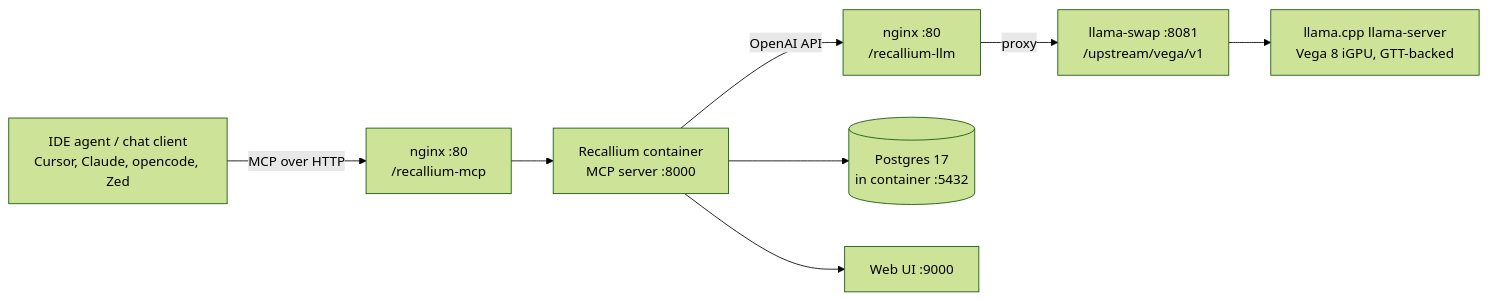
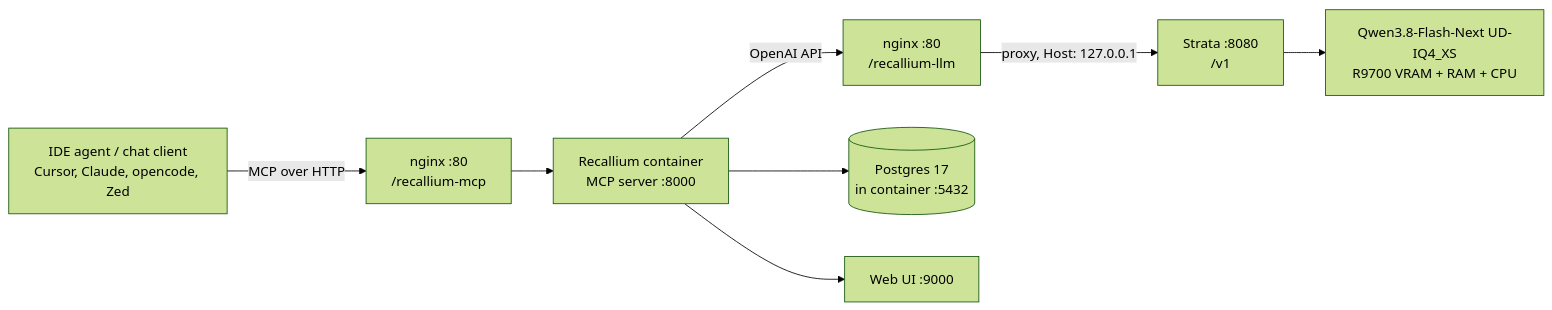
One commit to cjdell/nixos-config changed the diagram in docs/recallium.md. Above: the diagram before and after it, drawn with Mermaid (forest theme). The commit also changed other lines of this file and 4 other files, not shown here.

First line of the commit message:
recallium: re-enable, LLM pointed at Strata; nginx: fix root-run `-t` 500s

````diff
--- a/docs/recallium.md
+++ b/docs/recallium.md
@@ -18,10 +18,10 @@
 ```mermaid
 flowchart LR
     Agent[IDE agent / chat client<br/>Cursor, Claude, opencode, Zed] -->|MCP over HTTP| Nginx[nginx :80<br/>/recallium-mcp]
     Nginx --> MCP[Recallium container<br/>MCP server :8000]
     MCP -->|OpenAI API| Nginx2[nginx :80<br/>/recallium-llm]
-    Nginx2 -->|proxy| Swap[llama-swap :8081<br/>/upstream/vega/v1]
-    Swap --> CPP[llama.cpp llama-server<br/>Vega 8 iGPU, GTT-backed]
+    Nginx2 -->|proxy, Host: 127.0.0.1| Strata[Strata :8080<br/>/v1]
+    Strata --> Engine[Qwen3.8-Flash-Next UD-IQ4_XS<br/>R9700 VRAM + RAM + CPU]
     MCP --> PG[(Postgres 17<br/>in container :5432)]
     MCP --> UI[Web UI :9000]
 ```
````
